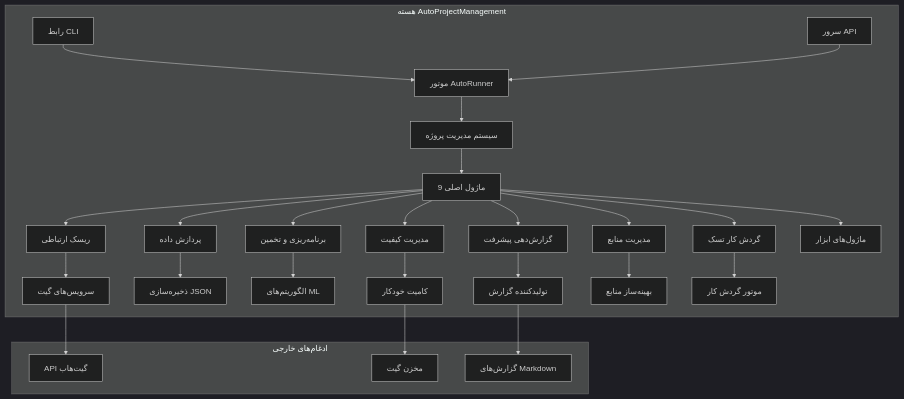
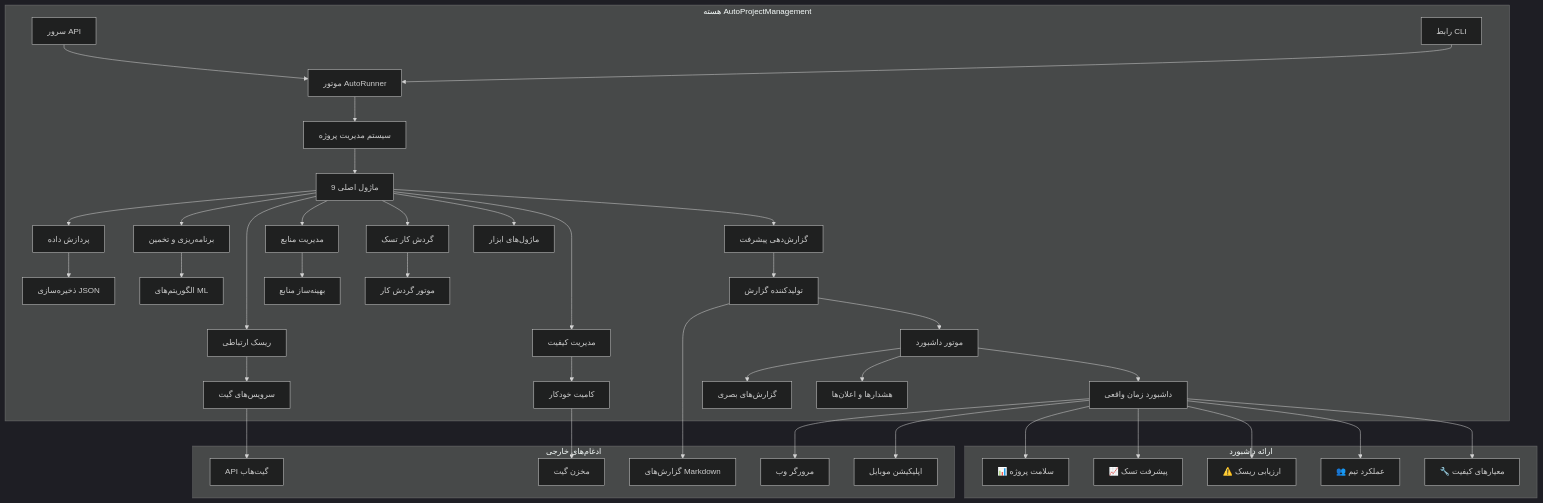
The third of 9 diagrams in Docs/entire_project/Quick_Start_Guide/Quick_Start_Guide_fa.md (Shakour-Data/AutoProjectManagement), drawn with Mermaid (dark theme) before and after one commit. The commit also changed other lines of this file, not shown here.

````diff
--- a/Docs/entire_project/Quick_Start_Guide/Quick_Start_Guide_fa.md
+++ b/Docs/entire_project/Quick_Start_Guide/Quick_Start_Guide_fa.md
@@ -316,32 +316,48 @@
 ```mermaid
 graph TB
     subgraph "هسته AutoProjectManagement"
         A[رابط CLI] --> B[موتور AutoRunner]
         C[سرور API] --> B
         B --> D[سیستم مدیریت پروژه]
         
         D --> E[9 ماژول اصلی]
         E --> F[ریسک ارتباطی]
         E --> G[پردازش داده]
         E --> H[برنامه‌ریزی و تخمین]
         E --> I[گزارش‌دهی پیشرفت]
         E --> J[مدیریت کیفیت]
         E --> K[مدیریت منابع]
         E --> L[گردش کار تسک]
         E --> M[ماژول‌های ابزار]
         
         F --> N[سرویس‌های گیت]
         G --> O[ذخیره‌سازی JSON]
         H --> P[الگوریتم‌های ML]
         I --> Q[تولیدکننده گزارش]
         J --> R[کامیت خودکار]
         K --> S[بهینه‌ساز منابع]
         L --> T[موتور گردش کار]
+        
+        %% افزودن مؤلفه‌های داشبورد
+        Q --> U[موتور داشبورد]
+        U --> V[داشبورد زمان واقعی]
+        U --> W[گزارش‌های بصری]
+        U --> X[هشدارها و اعلان‌ها]
     end
     
     subgraph "ادغام‌های خارجی"
-        N --> U[API گیت‌هاب]
-        R --> V[مخزن گیت]
-        Q --> W[گزارش‌های Markdown]
+        N --> Y[API گیت‌هاب]
+        R --> Z[مخزن گیت]
+        Q --> AA[گزارش‌های Markdown]
+        V --> AB[مرورگر وب]
+        V --> AC[اپلیکیشن موبایل]
+    end
+    
+    subgraph "ارائه داشبورد"
+        V --> AD[📊 سلامت پروژه]
+        V --> AE[📈 پیشرفت تسک]
+        V --> AF[⚠️ ارزیابی ریسک]
+        V --> AG[👥 عملکرد تیم]
+        V --> AH[🔧 معیارهای کیفیت]
     end
 ```
````
